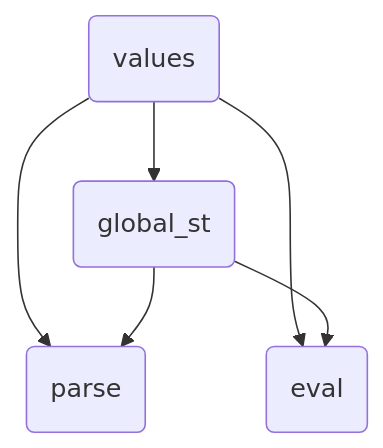
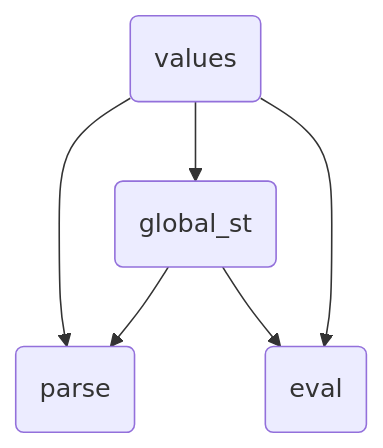
Before and after one commit to DanEscher98/rs_lisp: the diagram in README.md, drawn with Mermaid.

Commit message:
modified:   README.md

````diff
--- a/README.md
+++ b/README.md
@@ -5,8 +5,8 @@
 ```mermaid
 flowchart TB
     v("values") --> g("global_st")
     v --> p("parse")
-    v --> e("eval")
     g --> p
-    g --> e
+    g --> e("eval")
+    v --> e
 ```
````
